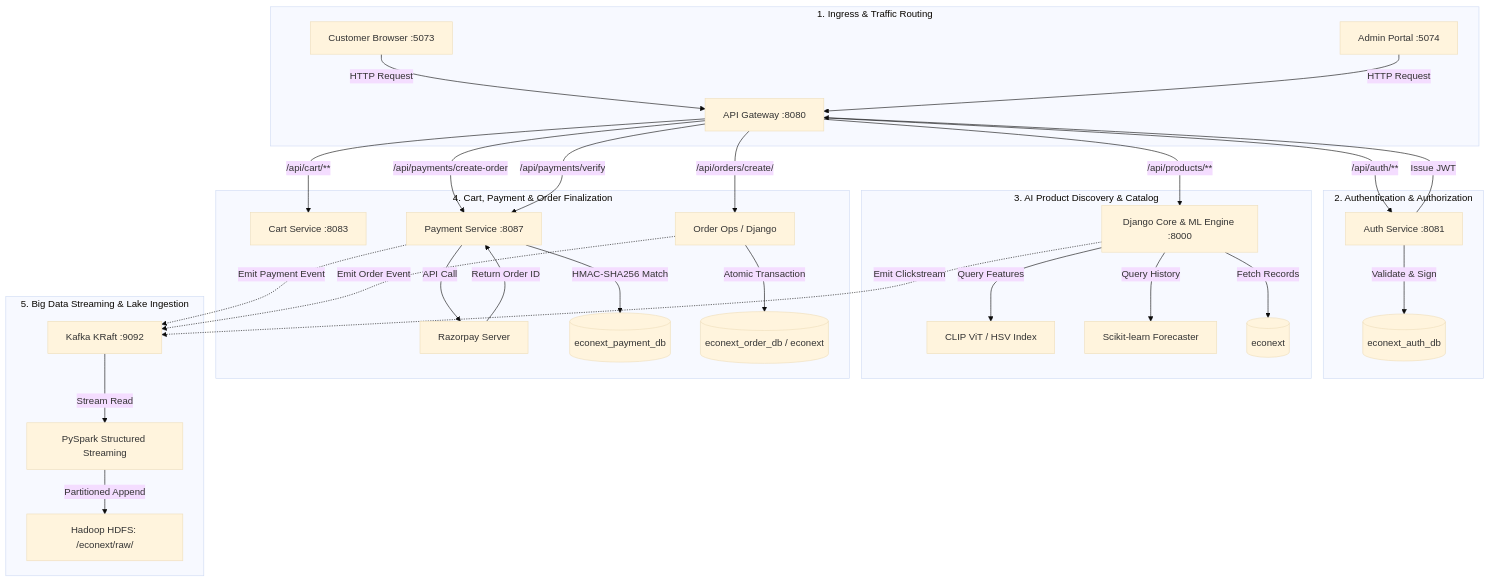
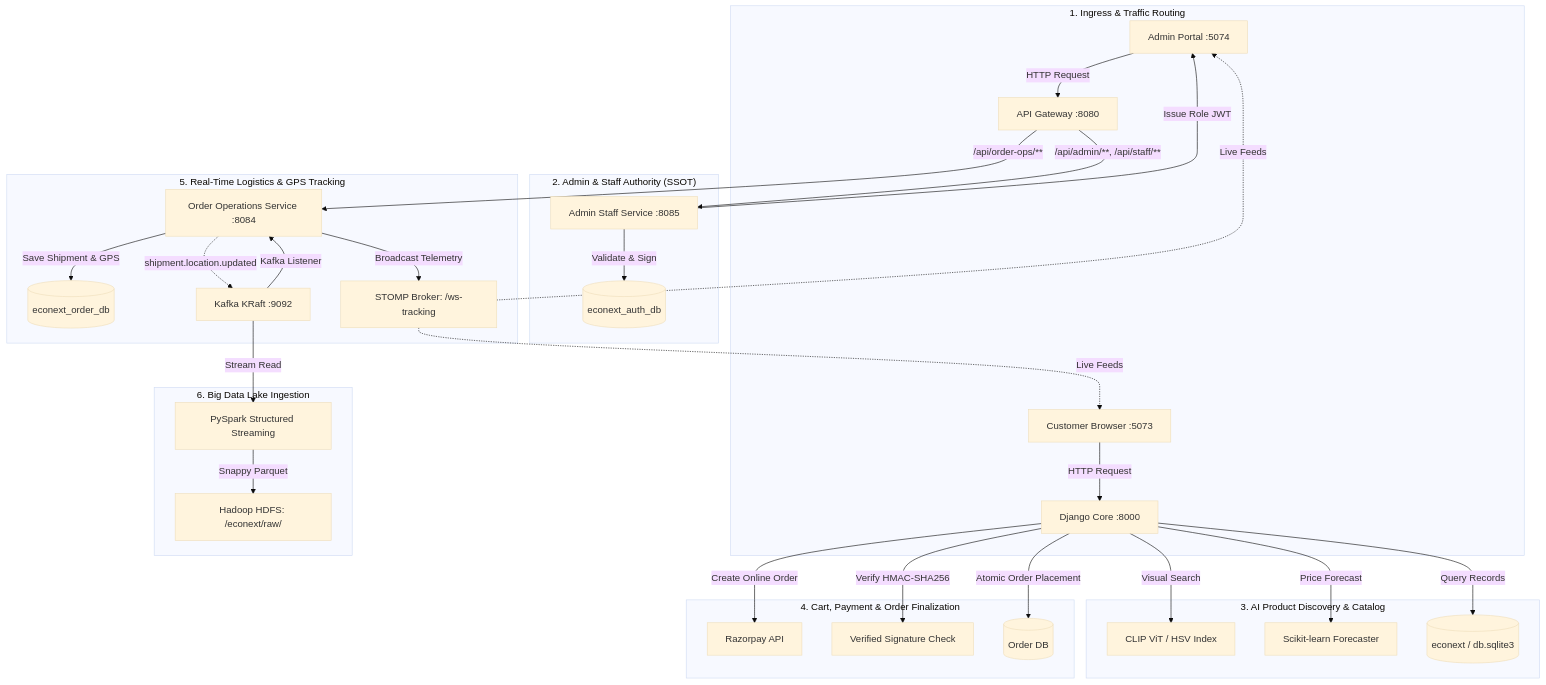
Before and after one commit to Jinkalkershiva/EcoNext-Ai-Integrated-Ecommerce-Platform: the third of 8 diagrams in README.md, drawn with Mermaid (base theme). The commit also changed other lines of this file and 79 other files, not shown here.

Commit message:
Fix admin staff authentication and portal UI

````diff
--- a/README.md
+++ b/README.md
@@ -258,39 +263,40 @@
 ```mermaid
 flowchart TD
     subgraph Ingress["1. Ingress & Traffic Routing"]
-        A[Customer Browser :5073] -->|HTTP Request| B[API Gateway :8080]
-        Admin[Admin Portal :5074] -->|HTTP Request| B
+        A[Customer Browser :5073] -->|HTTP Request| Django[Django Core :8000]
+        Admin[Admin Portal :5074] -->|HTTP Request| B[API Gateway :8080]
     end
 
-    subgraph AuthPipeline["2. Authentication & Authorization"]
-        B -->|/api/auth/**| C[Auth Service :8081]
+    subgraph AuthPipeline["2. Admin & Staff Authority (SSOT)"]
+        B -->|/api/admin/**, /api/staff/**| C[Admin Staff Service :8085]
         C -->|Validate & Sign| D[(econext_auth_db)]
-        C -->|Issue JWT| B
+        C -->|Issue Role JWT| Admin
     end
 
     subgraph DiscoveryPipeline["3. AI Product Discovery & Catalog"]
-        B -->|/api/products/**| E[Django Core & ML Engine :8000]
-        E -->|Query Features| F[CLIP ViT / HSV Index]
-        E -->|Query History| G[Scikit-learn Forecaster]
-        E -->|Fetch Records| H[(econext)]
+        Django -->|Visual Search| F[CLIP ViT / HSV Index]
+        Django -->|Price Forecast| G[Scikit-learn Forecaster]
+        Django -->|Query Records| H[(econext / db.sqlite3)]
     end
 
     subgraph CheckoutPipeline["4. Cart, Payment & Order Finalization"]
-        B -->|/api/cart/**| I[Cart Service :8083]
-        B -->|/api/payments/create-order| J[Payment Service :8087]
-        J -->|API Call| K[Razorpay Server]
-        K -->|Return Order ID| J
-        B -->|/api/payments/verify| J
-        J -->|HMAC-SHA256 Match| L[(econext_payment_db)]
-        B -->|/api/orders/create/| M[Order Ops / Django]
-        M -->|Atomic Transaction| N[(econext_order_db / econext)]
+        Django -->|Create Online Order| J[Razorpay API]
+        Django -->|Verify HMAC-SHA256| K[Verified Signature Check]
+        Django -->|Atomic Order Placement| L[(Order DB)]
     end
 
-    subgraph TelemetryPipeline["5. Big Data Streaming & Lake Ingestion"]
-        E -.->|Emit Clickstream| O[Kafka KRaft :9092]
-        J -.->|Emit Payment Event| O
-        M -.->|Emit Order Event| O
-        O -->|Stream Read| P[PySpark Structured Streaming]
-        P -->|Partitioned Append| Q[Hadoop HDFS: /econext/raw/]
+    subgraph FulfillmentPipeline["5. Real-Time Logistics & GPS Tracking"]
+        B -->|/api/order-ops/**| M[Order Operations Service :8084]
+        M -->|Save Shipment & GPS| N[(econext_order_db)]
+        M -.->|shipment.location.updated| O[Kafka KRaft :9092]
+        O -->|Kafka Listener| M
+        M -->|Broadcast Telemetry| P[STOMP Broker: /ws-tracking]
+        P -.->|Live Feeds| Admin
+        P -.->|Live Feeds| A
+    end
+
+    subgraph BigDataPipeline["6. Big Data Lake Ingestion"]
+        O -->|Stream Read| Q[PySpark Structured Streaming]
+        Q -->|Snappy Parquet| R[Hadoop HDFS: /econext/raw/]
     end
 ```
````
